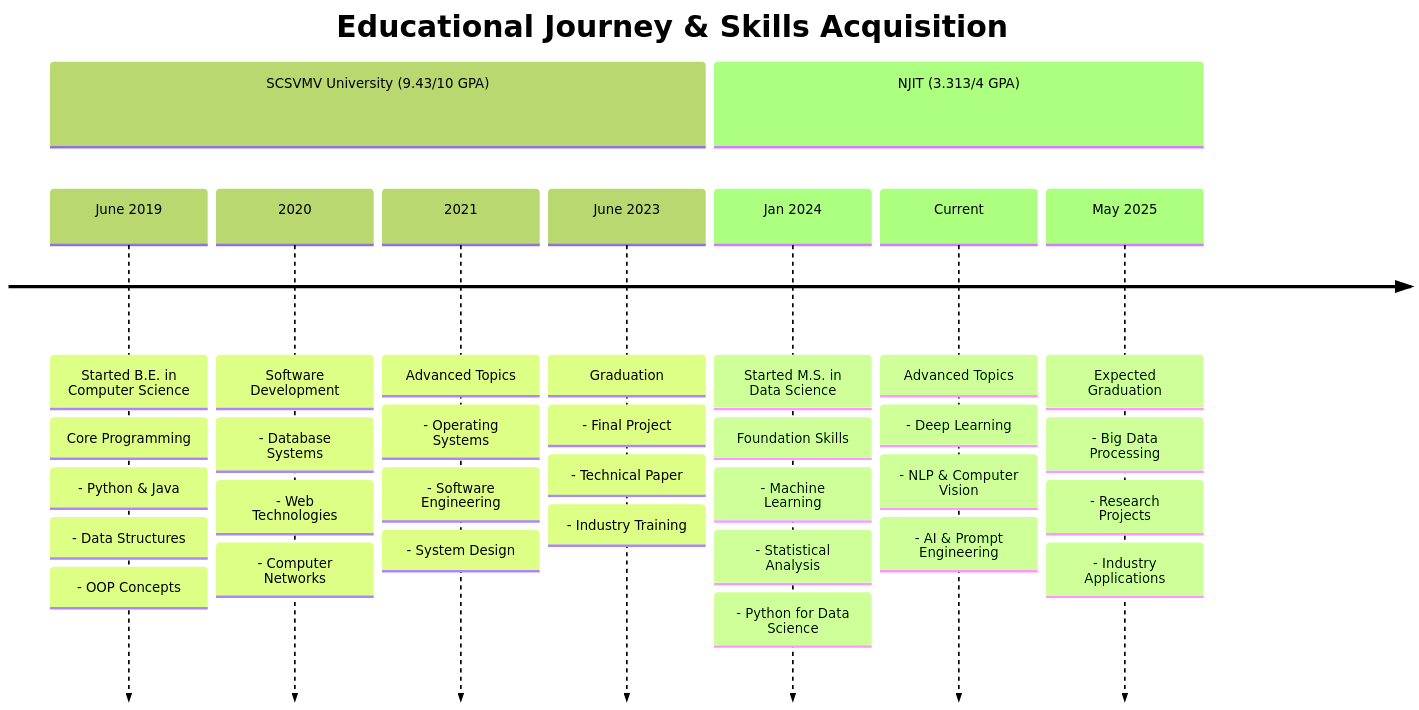
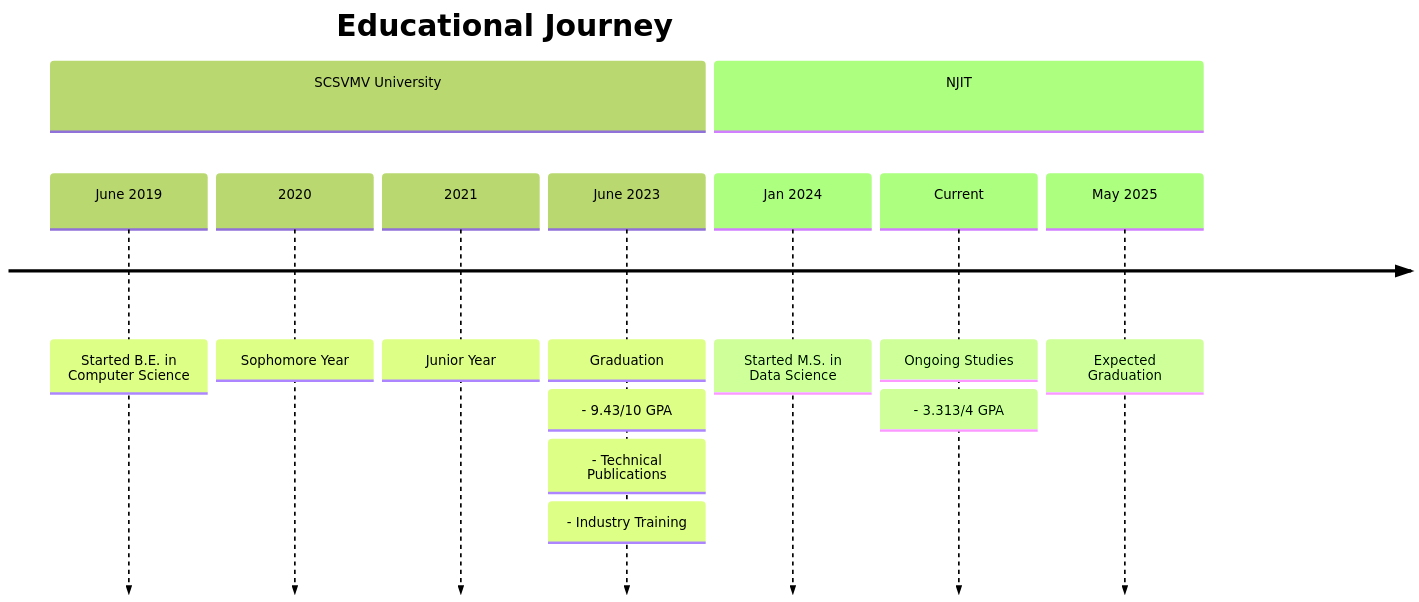
The first of 14 diagrams in README.md (saisrinivas194/saisrinivas194), drawn with Mermaid (forest theme) before and after one commit. The commit also changed other lines of this file, not shown here.

````diff
--- a/README.md
+++ b/README.md
@@ -37,36 +37,17 @@
 ```mermaid
 timeline
-    title Educational Journey & Skills Acquisition
-    section SCSVMV University (9.43/10 GPA)
+    title Educational Journey
+    section SCSVMV University
         June 2019 : Started B.E. in Computer Science
-                  : Core Programming
-                  : - Python & Java
-                  : - Data Structures
-                  : - OOP Concepts
-        2020     : Software Development
-                  : - Database Systems
-                  : - Web Technologies
-                  : - Computer Networks
-        2021     : Advanced Topics
-                  : - Operating Systems
-                  : - Software Engineering
-                  : - System Design
+        2020     : Sophomore Year
+        2021     : Junior Year
         June 2023 : Graduation
-                  : - Final Project
-                  : - Technical Paper
+                  : - 9.43/10 GPA
+                  : - Technical Publications
                   : - Industry Training
-    section NJIT (3.313/4 GPA)
+    section NJIT
         Jan 2024 : Started M.S. in Data Science
-                  : Foundation Skills
-                  : - Machine Learning
-                  : - Statistical Analysis
-                  : - Python for Data Science
-        Current  : Advanced Topics
-                  : - Deep Learning
-                  : - NLP & Computer Vision
-                  : - AI & Prompt Engineering
+        Current  : Ongoing Studies
+                  : - 3.313/4 GPA
         May 2025 : Expected Graduation
-                  : - Big Data Processing
-                  : - Research Projects
-                  : - Industry Applications
 ```
````
